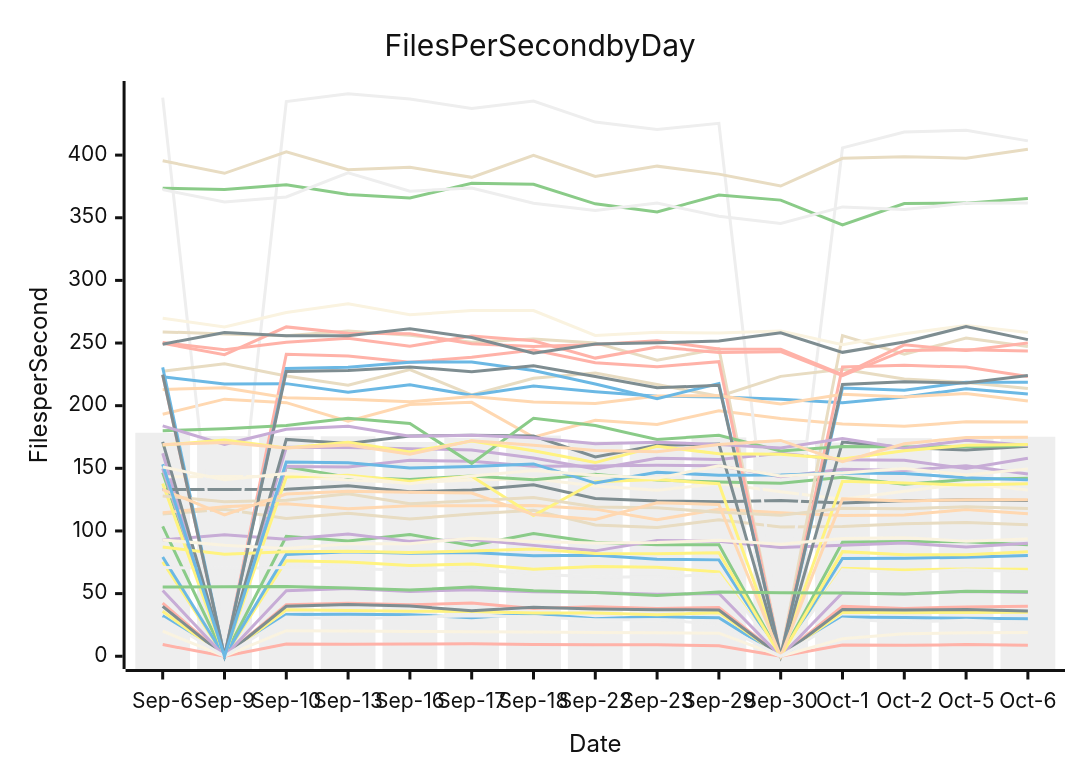
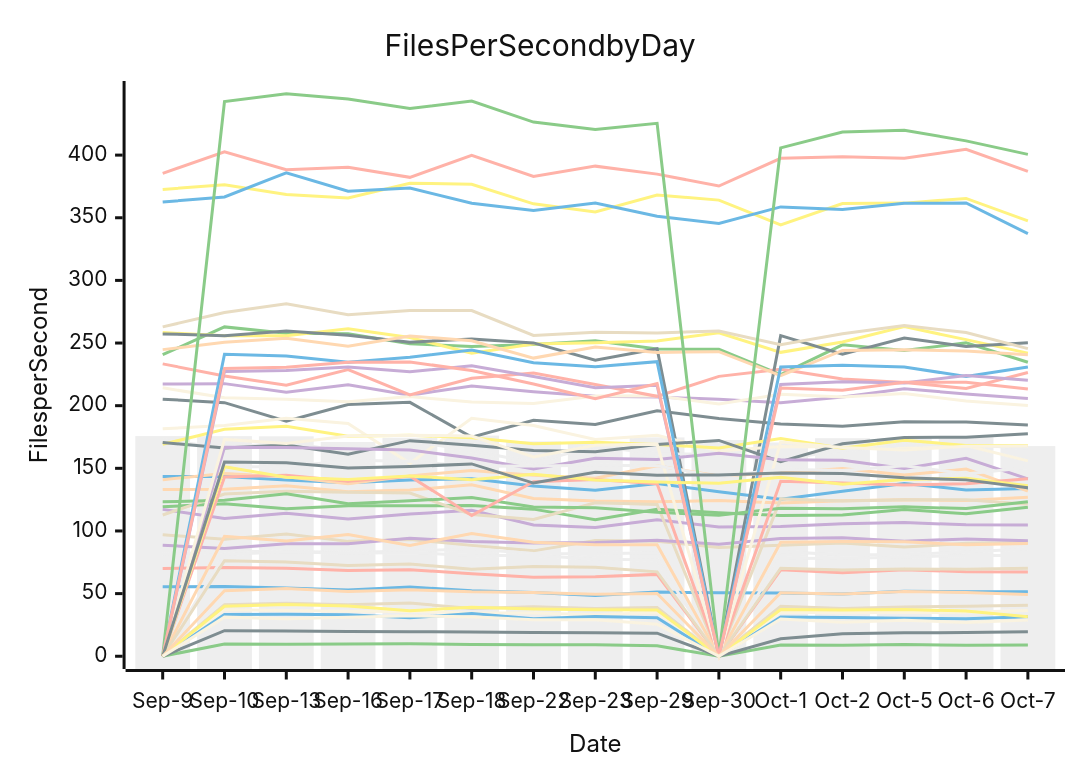
One commit to streetsidesoftware/cspell changed the diagram in perf-report.md. Above: the diagram before and after it, drawn with Mermaid (neutral theme). The commit also changed other lines of this file and 1 other file, not shown here.

````diff
--- a/perf-report.md
+++ b/perf-report.md
@@ -10,56 +10,56 @@
 ```mermaid
 xychart-beta
     title Files Per Second by Day
     y-axis Files per Second
-    x-axis Date [Sep-6, Sep-9, Sep-10, Sep-13, Sep-16, Sep-17, Sep-18, Sep-22, Sep-23, Sep-29, Sep-30, Oct-1, Oct-2, Oct-5, Oct-6]
-    bar [178.38, 175.73, 175.70, 175.56, 170.99, 174.42, 176.15, 171.49, 170.60, 174.68, 172.58, 170.62, 174.06, 173.76, 175.18]
-    line [32.39, 0.00, 33.27, 33.48, 33.18, 30.65, 34.02, 29.87, 31.63, 30.68, 0.00, 31.32, 30.89, 30.33, 30.00]
-    line [103.61, 0.00, 95.82, 91.96, 97.25, 88.47, 97.89, 91.06, 89.08, 89.06, 0.00, 90.96, 91.55, 91.45, 89.01]
-    line [162.00, 0.00, 166.81, 166.56, 165.69, 164.68, 158.25, 149.51, 158.09, 156.96, 161.98, 156.93, 156.41, 149.87, 157.99]
-    line [113.59, 117.23, 110.00, 114.04, 109.51, 113.51, 116.46, 104.81, 102.79, 108.89, 103.13, 103.52, 105.79, 106.73, 104.92]
-    line [42.33, 0.00, 41.15, 42.24, 41.01, 42.53, 38.05, 39.43, 38.14, 38.94, 0.00, 39.96, 38.12, 39.36, 39.89]
-    line [75.33, 0.00, 76.18, 75.30, 72.34, 73.59, 69.54, 71.59, 70.97, 67.35, 0.00, 70.29, 68.90, 69.72, 69.41]
-    line [133.16, 133.12, 133.37, 136.08, 131.30, 132.64, 136.81, 125.88, 123.97, 123.26, 124.35, 122.36, 124.05, 124.82, 124.36]
-    line [193.18, 205.21, 202.42, 187.59, 200.94, 202.64, 174.86, 188.42, 184.98, 195.97, 189.74, 185.35, 183.52, 187.14, 186.91]
-    line [143.33, 143.38, 143.55, 140.59, 138.57, 140.62, 141.72, 135.93, 132.42, 137.90, 131.39, 125.40, 131.62, 137.96, 132.77]
-    line [445.82, 0.00, 442.79, 448.98, 444.77, 437.29, 443.15, 426.39, 420.42, 425.42, 0.00, 405.76, 418.50, 419.89, 411.38]
-    line [79.19, 0.00, 81.30, 83.34, 82.19, 82.78, 80.29, 80.65, 77.47, 76.93, 0.00, 78.07, 78.18, 79.10, 80.49]
-    line [146.70, 0.00, 151.25, 142.95, 141.14, 143.95, 140.92, 145.29, 140.59, 139.11, 138.01, 142.88, 137.23, 141.05, 142.08]
-    line [149.88, 0.00, 151.49, 151.06, 156.36, 155.63, 151.63, 151.94, 152.50, 152.06, 143.32, 149.19, 148.32, 152.02, 145.55]
-    line [227.50, 233.38, 223.69, 216.25, 228.77, 208.66, 221.89, 226.09, 216.90, 207.46, 223.39, 229.16, 221.30, 218.51, 213.71]
-    line [9.30, 0.00, 9.85, 9.67, 9.68, 9.92, 9.37, 9.23, 9.26, 8.29, 0.00, 8.90, 8.75, 9.30, 8.76]
-    line [35.85, 0.00, 37.06, 36.42, 35.98, 35.70, 34.54, 34.55, 33.11, 34.81, 0.00, 35.17, 34.81, 34.91, 35.03]
-    line [39.85, 0.00, 39.94, 41.26, 40.08, 36.34, 39.18, 37.74, 37.18, 36.89, 0.00, 37.27, 36.89, 37.25, 36.15]
-    line [114.54, 119.33, 121.78, 117.69, 120.09, 120.05, 120.31, 117.43, 109.01, 117.33, 114.51, 112.29, 112.71, 117.07, 113.67]
-    line [19.98, 0.00, 20.38, 20.10, 19.75, 19.58, 19.44, 18.99, 18.71, 18.44, 0.00, 13.99, 17.93, 18.69, 18.90]
-    line [70.80, 70.10, 70.83, 70.27, 68.51, 69.01, 65.91, 63.15, 63.41, 65.35, 0.00, 69.02, 66.69, 69.13, 67.47]
-    line [223.08, 217.30, 217.60, 210.80, 216.66, 208.33, 215.69, 211.15, 207.60, 206.93, 205.06, 202.44, 206.85, 213.52, 209.33]
-    line [373.63, 372.65, 376.36, 368.52, 365.71, 377.56, 376.77, 361.09, 354.59, 368.19, 364.07, 344.36, 361.41, 361.68, 365.40]
-    line [92.85, 96.99, 93.46, 97.52, 91.70, 93.14, 88.50, 84.12, 92.41, 91.76, 86.84, 88.64, 90.41, 87.11, 90.10]
-    line [258.89, 257.30, 255.86, 259.52, 256.30, 250.62, 253.31, 250.10, 236.21, 245.48, 0.00, 255.93, 241.02, 253.94, 247.24]
-    line [224.39, 0.00, 241.04, 239.64, 234.60, 238.64, 244.36, 234.31, 230.98, 235.16, 0.00, 230.90, 232.18, 230.80, 223.37]
-    line [137.86, 0.00, 143.10, 144.41, 139.70, 143.74, 112.39, 139.33, 141.10, 137.72, 0.00, 139.61, 138.23, 136.68, 137.77]
-    line [171.06, 0.00, 173.10, 169.76, 175.73, 176.36, 175.75, 159.14, 168.41, 169.31, 0.00, 170.99, 166.63, 164.65, 167.66]
-    line [213.00, 214.26, 206.28, 205.22, 203.09, 207.23, 202.88, 201.82, 207.79, 207.90, 201.29, 209.19, 206.95, 209.81, 203.73]
-    line [269.85, 262.88, 274.40, 281.31, 272.54, 275.91, 275.97, 256.03, 258.54, 258.01, 259.58, 248.67, 257.34, 264.03, 258.40]
-    line [372.46, 362.58, 366.57, 385.92, 371.23, 373.66, 361.57, 355.78, 361.81, 351.17, 345.43, 358.65, 356.52, 361.50, 361.77]
-    line [230.54, 0.00, 229.61, 230.62, 234.72, 234.92, 228.04, 217.32, 205.66, 217.69, 0.00, 214.10, 212.26, 218.65, 218.73]
-    line [179.93, 181.55, 184.12, 189.95, 185.74, 153.97, 189.99, 184.11, 172.95, 176.46, 163.78, 167.39, 166.94, 167.31, 168.16]
-    line [52.52, 0.00, 52.32, 54.12, 51.77, 53.09, 51.40, 50.85, 49.44, 50.07, 0.00, 50.63, 49.63, 51.74, 50.84]
-    line [127.89, 123.29, 124.49, 129.64, 121.66, 124.08, 126.72, 119.08, 118.45, 114.87, 112.49, 118.05, 117.81, 119.24, 117.86]
-    line [249.77, 240.66, 262.89, 257.78, 257.49, 249.43, 247.25, 248.88, 251.75, 245.20, 245.06, 224.85, 248.59, 243.98, 250.11]
-    line [87.14, 81.35, 83.34, 83.78, 82.79, 83.96, 85.57, 82.01, 81.81, 82.67, 0.00, 83.49, 80.99, 81.07, 83.35]
-    line [224.81, 0.00, 227.34, 228.09, 230.87, 227.16, 231.88, 223.22, 214.31, 216.24, 0.00, 216.91, 219.11, 218.12, 224.03]
-    line [133.03, 112.77, 129.44, 131.63, 130.97, 130.22, 113.06, 109.25, 122.56, 121.09, 0.00, 125.59, 123.97, 124.90, 124.88]
-    line [92.88, 88.59, 86.05, 89.85, 89.86, 94.27, 91.54, 90.45, 90.71, 92.55, 89.39, 93.96, 94.53, 91.86, 93.63]
-    line [30.04, 0.00, 31.22, 29.93, 31.17, 32.23, 31.60, 29.23, 29.18, 25.62, 0.00, 29.72, 27.11, 28.75, 26.92]
-    line [153.19, 0.00, 155.03, 154.46, 150.27, 151.44, 153.53, 138.23, 146.78, 144.54, 144.66, 146.29, 145.95, 142.41, 140.78]
-    line [55.22, 55.40, 55.63, 54.54, 52.86, 55.21, 52.35, 50.94, 48.45, 51.30, 50.59, 50.58, 49.72, 51.81, 51.47]
-    line [183.91, 169.15, 181.18, 183.51, 175.60, 176.44, 174.39, 169.65, 170.91, 168.95, 166.28, 173.86, 166.13, 172.49, 168.21]
-    line [395.48, 385.49, 402.68, 388.38, 390.24, 382.26, 399.81, 383.04, 391.20, 384.82, 375.34, 397.41, 398.74, 397.51, 404.63]
-    line [250.38, 244.75, 250.69, 253.77, 247.48, 255.65, 251.83, 237.98, 246.89, 242.54, 243.09, 224.03, 244.08, 244.73, 243.65]
-    line [168.54, 172.61, 166.17, 170.88, 163.08, 171.82, 163.97, 154.58, 167.67, 161.60, 161.14, 157.44, 164.03, 168.37, 169.06]
-    line [249.11, 258.37, 255.88, 255.75, 261.30, 254.48, 241.79, 249.14, 250.28, 251.57, 258.18, 242.58, 250.83, 263.10, 252.70]
-    line [168.98, 170.63, 166.15, 168.68, 161.23, 172.09, 168.48, 164.20, 163.31, 169.03, 172.29, 155.24, 169.60, 174.57, 174.90]
-    line [151.08, 140.90, 145.94, 143.19, 137.67, 143.95, 148.30, 144.49, 142.14, 152.04, 143.84, 146.29, 149.93, 144.74, 149.38]
+    x-axis Date [Sep-9, Sep-10, Sep-13, Sep-16, Sep-17, Sep-18, Sep-22, Sep-23, Sep-29, Sep-30, Oct-1, Oct-2, Oct-5, Oct-6, Oct-7]
+    bar [175.73, 175.70, 175.56, 170.99, 174.42, 176.15, 171.49, 170.60, 174.68, 172.58, 170.62, 174.06, 173.76, 175.18, 167.77]
+    line [143.38, 143.55, 140.59, 138.57, 140.62, 141.72, 135.93, 132.42, 137.90, 131.39, 125.40, 131.62, 137.96, 132.77, 133.94]
+    line [119.33, 121.78, 117.69, 120.09, 120.05, 120.31, 117.43, 109.01, 117.33, 114.51, 112.29, 112.71, 117.07, 113.67, 118.94]
+    line [217.30, 217.60, 210.80, 216.66, 208.33, 215.69, 211.15, 207.60, 206.93, 205.06, 202.44, 206.85, 213.52, 209.33, 205.65]
+    line [96.99, 93.46, 97.52, 91.70, 93.14, 88.50, 84.12, 92.41, 91.76, 86.84, 88.64, 90.41, 87.11, 90.10, 90.92]
+    line [70.10, 70.83, 70.27, 68.51, 69.01, 65.91, 63.15, 63.41, 65.35, 0.00, 69.02, 66.69, 69.13, 67.47, 67.16]
+    line [372.65, 376.36, 368.52, 365.71, 377.56, 376.77, 361.09, 354.59, 368.19, 364.07, 344.36, 361.41, 361.68, 365.40, 347.49]
+    line [205.21, 202.42, 187.59, 200.94, 202.64, 174.86, 188.42, 184.98, 195.97, 189.74, 185.35, 183.52, 187.14, 186.91, 184.49]
+    line [133.12, 133.37, 136.08, 131.30, 132.64, 136.81, 125.88, 123.97, 123.26, 124.35, 122.36, 124.05, 124.82, 124.36, 126.90]
+    line [214.26, 206.28, 205.22, 203.09, 207.23, 202.88, 201.82, 207.79, 207.90, 201.29, 209.19, 206.95, 209.81, 203.73, 200.20]
+    line [81.35, 83.34, 83.78, 82.79, 83.96, 85.57, 82.01, 81.81, 82.67, 0.00, 83.49, 80.99, 81.07, 83.35, 85.60]
+    line [55.40, 55.63, 54.54, 52.86, 55.21, 52.35, 50.94, 48.45, 51.30, 50.59, 50.58, 49.72, 51.81, 51.47, 51.46]
+    line [240.66, 262.89, 257.78, 257.49, 249.43, 247.25, 248.88, 251.75, 245.20, 245.06, 224.85, 248.59, 243.98, 250.11, 234.68]
+    line [117.23, 110.00, 114.04, 109.51, 113.51, 116.46, 104.81, 102.79, 108.89, 103.13, 103.52, 105.79, 106.73, 104.92, 104.71]
+    line [112.77, 129.44, 131.63, 130.97, 130.22, 113.06, 109.25, 122.56, 121.09, 0.00, 125.59, 123.97, 124.90, 124.88, 121.42]
+    line [233.38, 223.69, 216.25, 228.77, 208.66, 221.89, 226.09, 216.90, 207.46, 223.39, 229.16, 221.30, 218.51, 213.71, 226.50]
+    line [258.37, 255.88, 255.75, 261.30, 254.48, 241.79, 249.14, 250.28, 251.57, 258.18, 242.58, 250.83, 263.10, 252.70, 241.96]
+    line [257.30, 255.86, 259.52, 256.30, 250.62, 253.31, 250.10, 236.21, 245.48, 0.00, 255.93, 241.02, 253.94, 247.24, 250.16]
+    line [244.75, 250.69, 253.77, 247.48, 255.65, 251.83, 237.98, 246.89, 242.54, 243.09, 224.03, 244.08, 244.73, 243.65, 240.74]
+    line [181.55, 184.12, 189.95, 185.74, 153.97, 189.99, 184.11, 172.95, 176.46, 163.78, 167.39, 166.94, 167.31, 168.16, 155.92]
+    line [172.61, 166.17, 170.88, 163.08, 171.82, 163.97, 154.58, 167.67, 161.60, 161.14, 157.44, 164.03, 168.37, 169.06, 165.80]
+    line [362.58, 366.57, 385.92, 371.23, 373.66, 361.57, 355.78, 361.81, 351.17, 345.43, 358.65, 356.52, 361.50, 361.77, 337.36]
+    line [123.29, 124.49, 129.64, 121.66, 124.08, 126.72, 119.08, 118.45, 114.87, 112.49, 118.05, 117.81, 119.24, 117.86, 123.32]
+    line [88.59, 86.05, 89.85, 89.86, 94.27, 91.54, 90.45, 90.71, 92.55, 89.39, 93.96, 94.53, 91.86, 93.63, 92.24]
+    line [262.88, 274.40, 281.31, 272.54, 275.91, 275.97, 256.03, 258.54, 258.01, 259.58, 248.67, 257.34, 264.03, 258.40, 245.57]
+    line [385.49, 402.68, 388.38, 390.24, 382.26, 399.81, 383.04, 391.20, 384.82, 375.34, 397.41, 398.74, 397.51, 404.63, 387.08]
+    line [169.15, 181.18, 183.51, 175.60, 176.44, 174.39, 169.65, 170.91, 168.95, 166.28, 173.86, 166.13, 172.49, 168.21, 168.21]
+    line [170.63, 166.15, 168.68, 161.23, 172.09, 168.48, 164.20, 163.31, 169.03, 172.29, 155.24, 169.60, 174.57, 174.90, 177.64]
+    line [140.90, 145.94, 143.19, 137.67, 143.95, 148.30, 144.49, 142.14, 152.04, 143.84, 146.29, 149.93, 144.74, 149.38, 131.76]
+    line [0.00, 37.06, 36.42, 35.98, 35.70, 34.54, 34.55, 33.11, 34.81, 0.00, 35.17, 34.81, 34.91, 35.03, 36.57]
+    line [0.00, 81.30, 83.34, 82.19, 82.78, 80.29, 80.65, 77.47, 76.93, 0.00, 78.07, 78.18, 79.10, 80.49, 80.39]
+    line [0.00, 33.27, 33.48, 33.18, 30.65, 34.02, 29.87, 31.63, 30.68, 0.00, 31.32, 30.89, 30.33, 30.00, 31.45]
+    line [0.00, 9.85, 9.67, 9.68, 9.92, 9.37, 9.23, 9.26, 8.29, 0.00, 8.90, 8.75, 9.30, 8.76, 9.01]
+    line [0.00, 166.81, 166.56, 165.69, 164.68, 158.25, 149.51, 158.09, 156.96, 161.98, 156.93, 156.41, 149.87, 157.99, 141.60]
+    line [0.00, 41.15, 42.24, 41.01, 42.53, 38.05, 39.43, 38.14, 38.94, 0.00, 39.96, 38.12, 39.36, 39.89, 40.71]
+    line [0.00, 143.10, 144.41, 139.70, 143.74, 112.39, 139.33, 141.10, 137.72, 0.00, 139.61, 138.23, 136.68, 137.77, 141.66]
+    line [0.00, 39.94, 41.26, 40.08, 36.34, 39.18, 37.74, 37.18, 36.89, 0.00, 37.27, 36.89, 37.25, 36.15, 31.44]
+    line [0.00, 20.38, 20.10, 19.75, 19.58, 19.44, 18.99, 18.71, 18.44, 0.00, 13.99, 17.93, 18.69, 18.90, 19.50]
+    line [0.00, 95.82, 91.96, 97.25, 88.47, 97.89, 91.06, 89.08, 89.06, 0.00, 90.96, 91.55, 91.45, 89.01, 89.93]
+    line [0.00, 173.10, 169.76, 175.73, 176.36, 175.75, 159.14, 168.41, 169.31, 0.00, 170.99, 166.63, 164.65, 167.66, 167.88]
+    line [0.00, 151.49, 151.06, 156.36, 155.63, 151.63, 151.94, 152.50, 152.06, 143.32, 149.19, 148.32, 152.02, 145.55, 150.72]
+    line [0.00, 241.04, 239.64, 234.60, 238.64, 244.36, 234.31, 230.98, 235.16, 0.00, 230.90, 232.18, 230.80, 223.37, 230.96]
+    line [0.00, 442.79, 448.98, 444.77, 437.29, 443.15, 426.39, 420.42, 425.42, 0.00, 405.76, 418.50, 419.89, 411.38, 400.59]
+    line [0.00, 227.34, 228.09, 230.87, 227.16, 231.88, 223.22, 214.31, 216.24, 0.00, 216.91, 219.11, 218.12, 224.03, 220.33]
+    line [0.00, 76.18, 75.30, 72.34, 73.59, 69.54, 71.59, 70.97, 67.35, 0.00, 70.29, 68.90, 69.72, 69.41, 70.25]
+    line [0.00, 229.61, 230.62, 234.72, 234.92, 228.04, 217.32, 205.66, 217.69, 0.00, 214.10, 212.26, 218.65, 218.73, 213.23]
+    line [0.00, 151.25, 142.95, 141.14, 143.95, 140.92, 145.29, 140.59, 139.11, 138.01, 142.88, 137.23, 141.05, 142.08, 136.09]
+    line [0.00, 155.03, 154.46, 150.27, 151.44, 153.53, 138.23, 146.78, 144.54, 144.66, 146.29, 145.95, 142.41, 140.78, 134.58]
+    line [0.00, 52.32, 54.12, 51.77, 53.09, 51.40, 50.85, 49.44, 50.07, 0.00, 50.63, 49.63, 51.74, 50.84, 49.20]
+    line [0.00, 31.22, 29.93, 31.17, 32.23, 31.60, 29.23, 29.18, 25.62, 0.00, 29.72, 27.11, 28.75, 26.92, 29.01]
 ```
````
